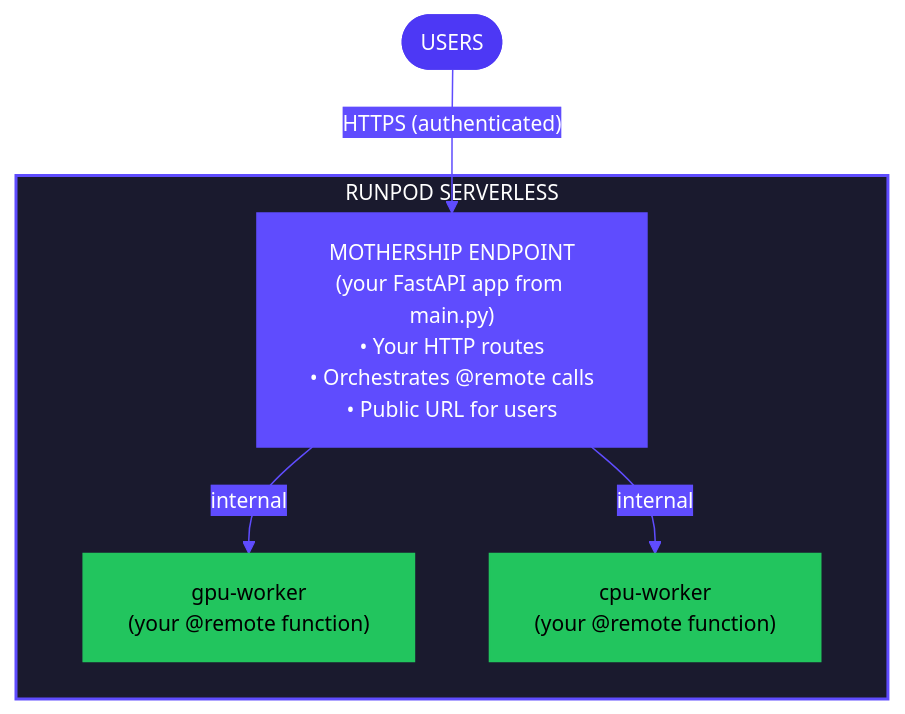
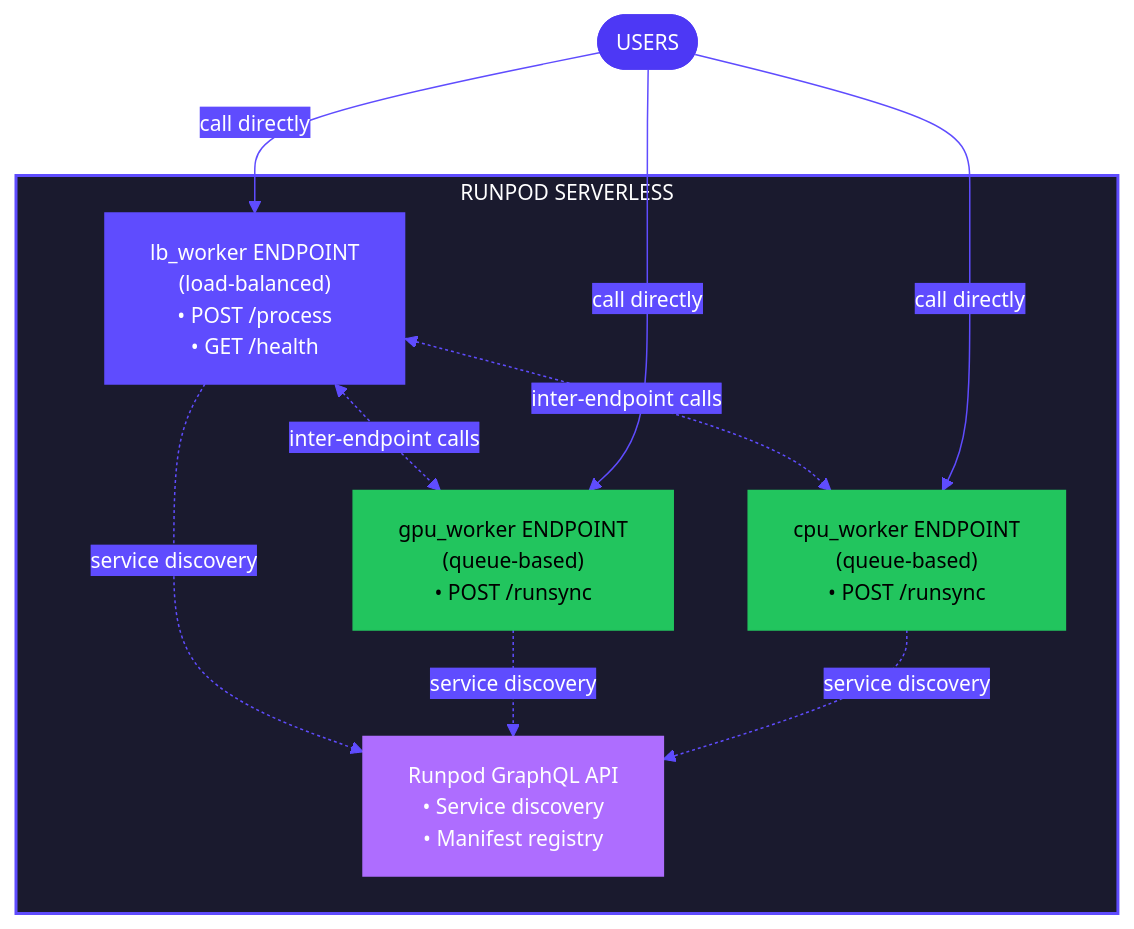
The diagram in flash/apps/deploy-apps.mdx (runpod/docs), drawn with Mermaid before and after one commit. The commit also changed other lines of this file and 28 other files, not shown here.

Commit message:
Update flash init/run/deploy architecture, add resource configuration section, add flash load balancing tutorial

````diff
--- a/flash/apps/deploy-apps.mdx
+++ b/flash/apps/deploy-apps.mdx
@@ -41,23 +42,31 @@
 ```mermaid
 %%{init: {'theme':'base', 'themeVariables': { 'primaryColor':'#9289FE','primaryTextColor':'#fff','primaryBorderColor':'#9289FE','lineColor':'#5F4CFE','secondaryColor':'#AE6DFF','tertiaryColor':'#FCB1FF','edgeLabelBackground':'#5F4CFE', 'fontSize':'14px','fontFamily':'font-inter'}}}%%
 
 flowchart TB
     Users(["USERS"])
+    StateManager["Runpod GraphQL API<br/>• Service discovery<br/>• Manifest registry"]
 
     subgraph Runpod ["RUNPOD SERVERLESS"]
-        Mothership["MOTHERSHIP ENDPOINT<br/>(your FastAPI app from main.py)<br/>• Your HTTP routes<br/>• Orchestrates @remote calls<br/>• Public URL for users"]
-        GPU["gpu-worker<br/>(your @remote function)"]
-        CPU["cpu-worker<br/>(your @remote function)"]
+        LB["lb_worker ENDPOINT<br/>(load-balanced)<br/>• POST /process<br/>• GET /health"]
+        GPU["gpu_worker ENDPOINT<br/>(queue-based)<br/>• POST /runsync"]
+        CPU["cpu_worker ENDPOINT<br/>(queue-based)<br/>• POST /runsync"]
 
-        Mothership -->|"internal"| GPU
-        Mothership -->|"internal"| CPU
+        LB <-.->|"inter-endpoint calls"| GPU
+        LB <-.->|"inter-endpoint calls"| CPU
+
+        LB -.->|"service discovery"| StateManager
+        GPU -.->|"service discovery"| StateManager
+        CPU -.->|"service discovery"| StateManager
     end
 
-    Users -->|"HTTPS (authenticated)"| Mothership
+    Users -->|"call directly"| LB
+    Users -->|"call directly"| GPU
+    Users -->|"call directly"| CPU
 
     style Runpod fill:#1a1a2e,stroke:#5F4CFE,stroke-width:2px,color:#fff
     style Users fill:#4D38F5,stroke:#4D38F5,color:#fff
-    style Mothership fill:#5F4CFE,stroke:#5F4CFE,color:#fff
+    style LB fill:#5F4CFE,stroke:#5F4CFE,color:#fff
     style GPU fill:#22C55E,stroke:#22C55E,color:#000
     style CPU fill:#22C55E,stroke:#22C55E,color:#000
+    style StateManager fill:#AE6DFF,stroke:#AE6DFF,color:#fff
 ```
````
